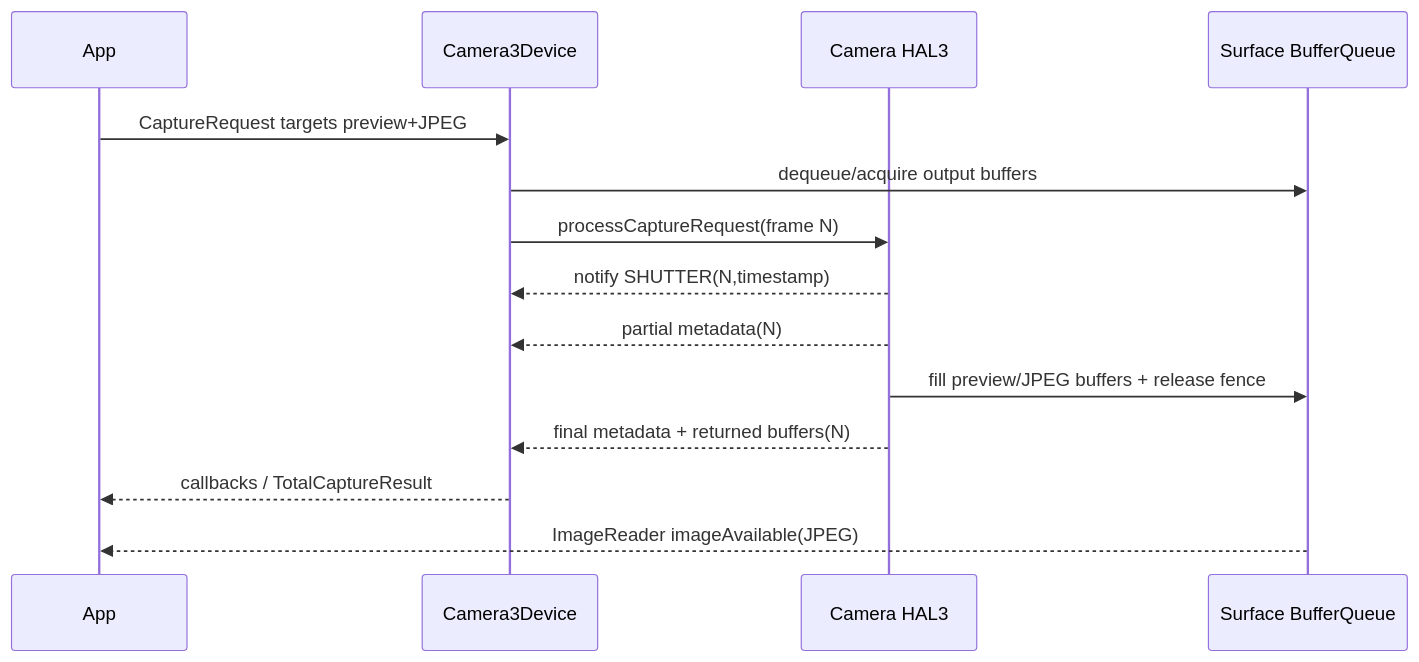
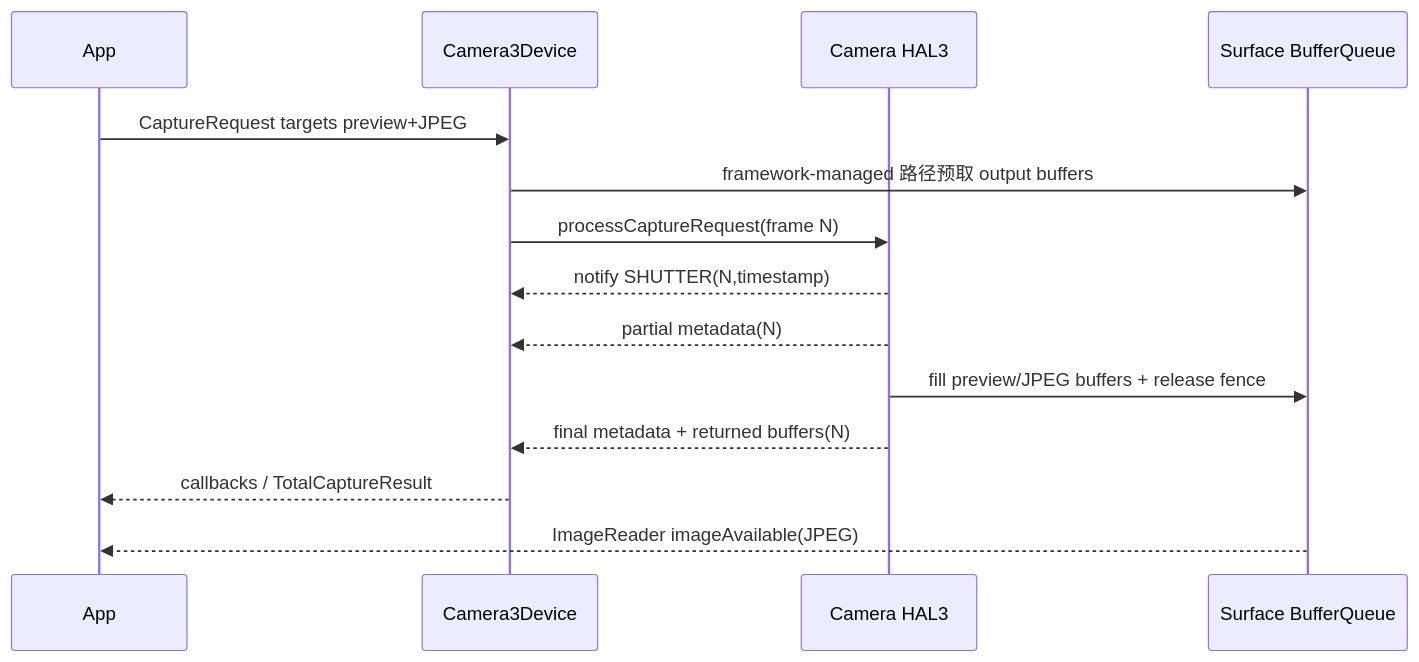
The third of 3 diagrams in Android源码学习/29-Android相机系统Camera2与CameraService.md (junyingzhao001/StudyNotes), drawn with Mermaid before and after one commit. The commit also changed other lines of this file and 617 other files, not shown here.

````diff
--- a/Android源码学习/29-Android相机系统Camera2与CameraService.md
+++ b/Android源码学习/29-Android相机系统Camera2与CameraService.md
@@ -556,17 +558,17 @@
 ```mermaid
 sequenceDiagram
     participant APP as App
     participant C3 as Camera3Device
     participant HAL as Camera HAL3
     participant BQ as Surface BufferQueue
 
     APP->>C3: CaptureRequest targets preview+JPEG
-    C3->>BQ: dequeue/acquire output buffers
+    C3->>BQ: framework-managed 路径预取 output buffers
     C3->>HAL: processCaptureRequest(frame N)
     HAL-->>C3: notify SHUTTER(N,timestamp)
     HAL-->>C3: partial metadata(N)
     HAL->>BQ: fill preview/JPEG buffers + release fence
     HAL-->>C3: final metadata + returned buffers(N)
     C3-->>APP: callbacks / TotalCaptureResult
     BQ-->>APP: ImageReader imageAvailable(JPEG)
 ```
````
